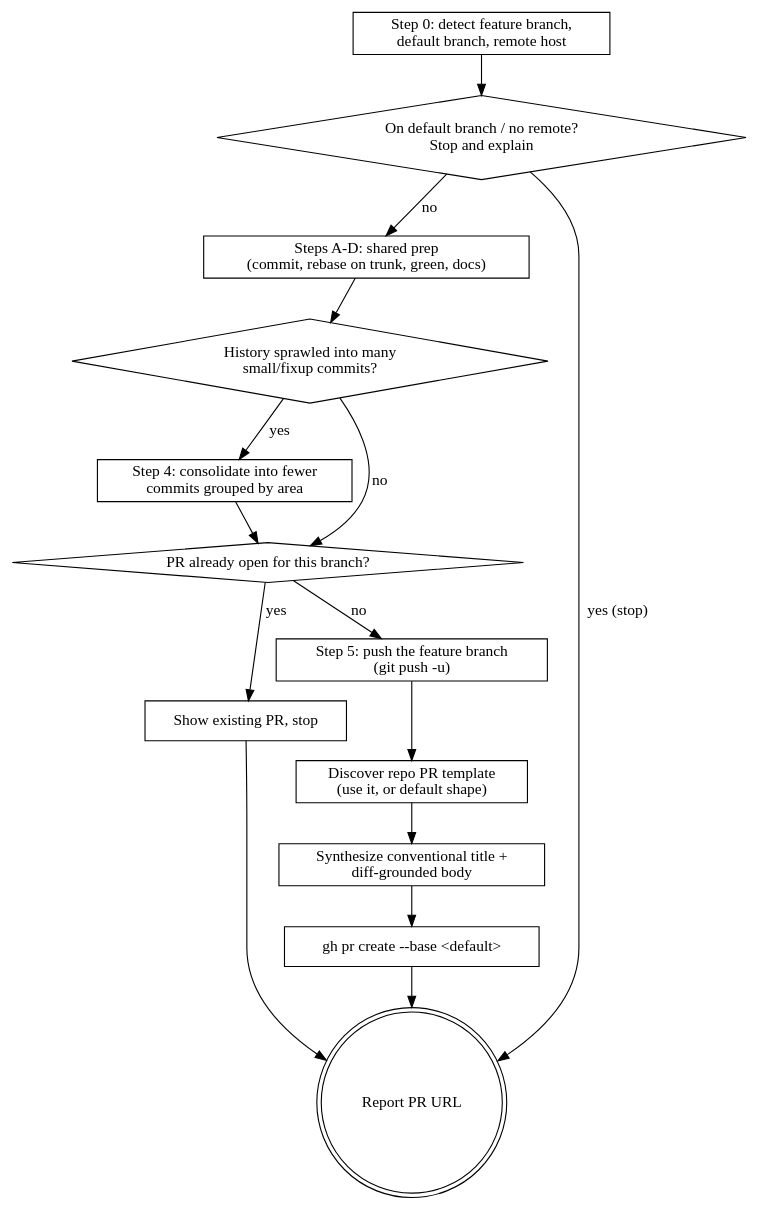
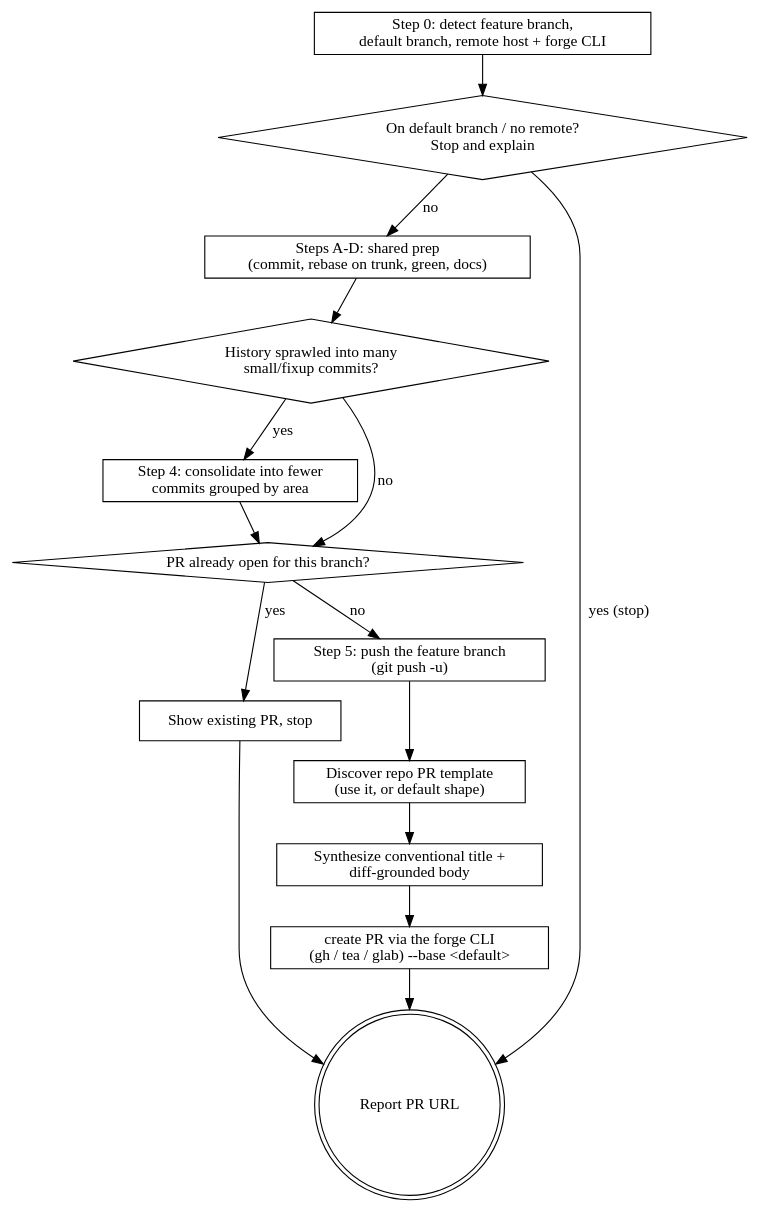
The diagram in plugins/natelandau-toolkit/skills/pr/SKILL.md (natelandau/cc-plugin), drawn with Graphviz before and after one commit. The commit also changed other lines of this file, not shown here.

First line of the commit message:
feat(pr): support any forge CLI (gh, tea, glab), not just gh

````diff
--- a/plugins/natelandau-toolkit/skills/pr/SKILL.md
+++ b/plugins/natelandau-toolkit/skills/pr/SKILL.md
@@ -48,29 +48,29 @@
 ```dot
 digraph pr {
   rankdir=TB; node [shape=box];
-  detect   [label="Step 0: detect feature branch,\ndefault branch, remote host"];
+  detect   [label="Step 0: detect feature branch,\ndefault branch, remote host + forge CLI"];
   refuse   [label="On default branch / no remote?\nStop and explain" shape=diamond];
   prep     [label="Steps A-D: shared prep\n(commit, rebase on trunk, green, docs)"];
   many     [label="History sprawled into many\nsmall/fixup commits?" shape=diamond];
   regroup   [label="Step 4: consolidate into fewer\ncommits grouped by area"];
   exists   [label="PR already open for this branch?" shape=diamond];
   show     [label="Show existing PR, stop"];
   push     [label="Step 5: push the feature branch\n(git push -u)"];
   tmpl     [label="Discover repo PR template\n(use it, or default shape)"];
   body     [label="Synthesize conventional title +\ndiff-grounded body"];
-  create   [label="gh pr create --base <default>"];
+  create   [label="create PR via the forge CLI\n(gh / tea / glab) --base <default>"];
   done     [label="Report PR URL" shape=doublecircle];
 
   detect -> refuse;
   refuse -> done [label="yes (stop)"];
   refuse -> prep [label="no"];
   prep -> many;
   many -> regroup [label="yes"];
   many -> exists [label="no"];
   regroup -> exists;
   exists -> show [label="yes"];
   show -> done;
   exists -> push [label="no"];
   push -> tmpl -> body -> create -> done;
 }
 ```
````
